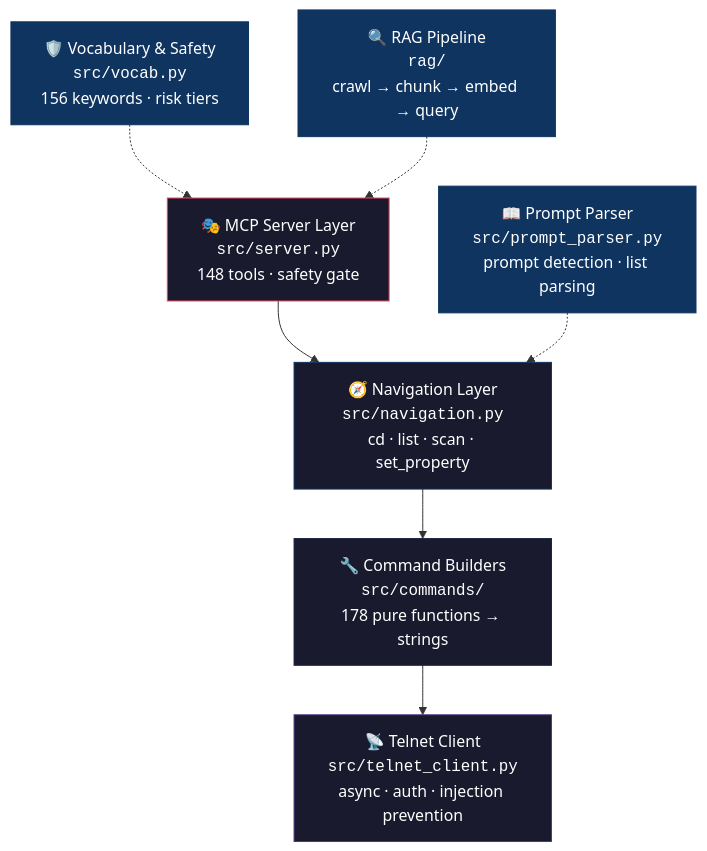
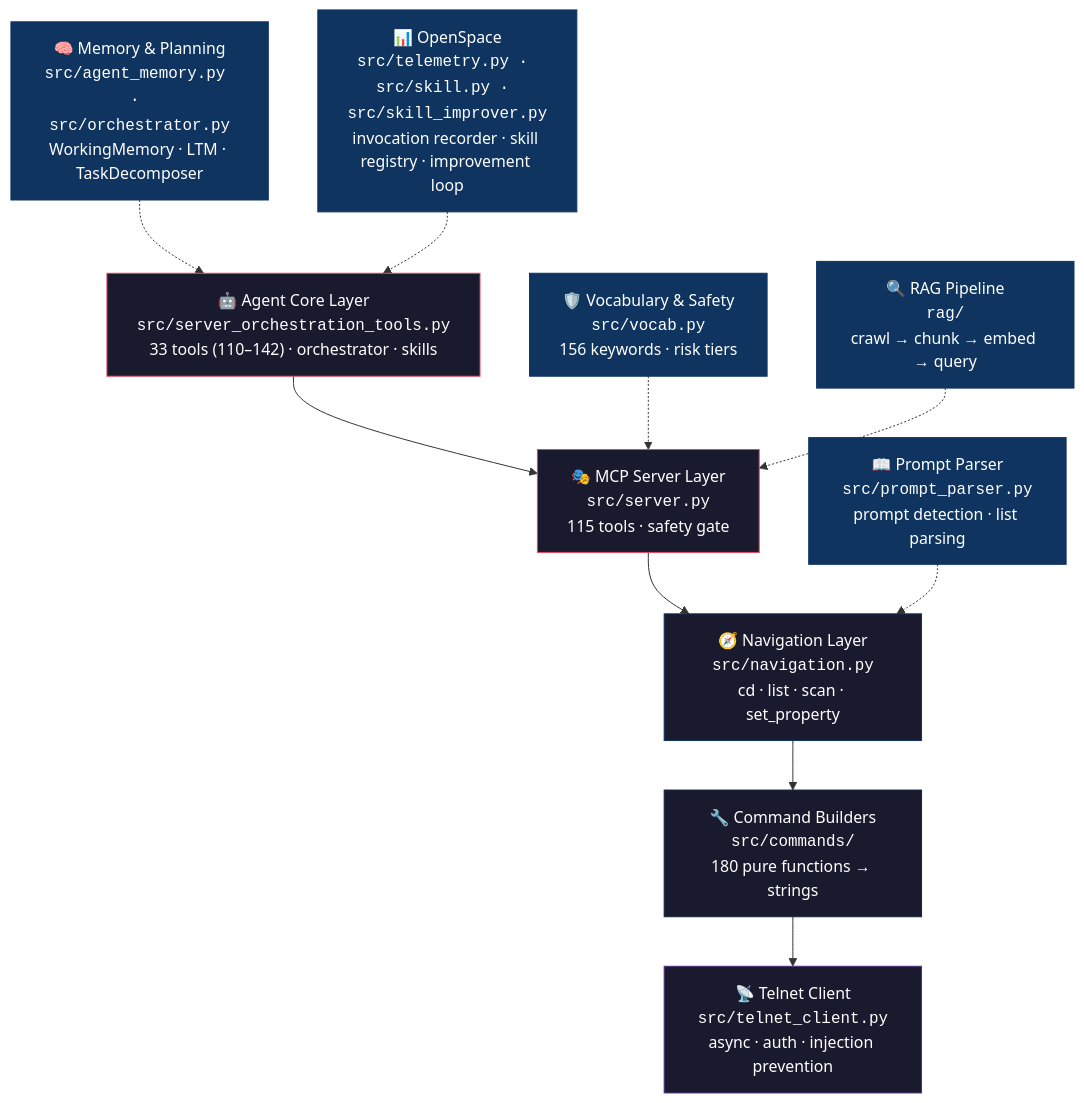
The first of 2 diagrams in README.md (thisis-romar/ma2-onPC-MCP), drawn with Mermaid before and after one commit. The commit also changed other lines of this file, not shown here.

Commit message:
docs: README architecture diagram audit — 6 fixes (v3.20.0) - Mermaid node A: correct server.py tool count 148 → 115 - Mermaid diagram: add Agent Core layer (nodes H, I, J) for   server_orchestration_tools, agent_memory/orchestrator, and OpenSpace - Mermaid node C: correct command builder count 178 → 180 - Module table: fix tool range (110–143) → (110–142) - Badge: correct test count 2187 → 2053 - Front matter: bump version 3.19.0 → 3.20.0, update last_updated Co-Authored-By: Claude Sonnet 4.6 <noreply@anthropic.com>

````diff
--- a/README.md
+++ b/README.md
@@ -64,19 +64,25 @@
 ```mermaid
 graph TD
-    A["🎭 MCP Server Layer<br/><code>src/server.py</code><br/>148 tools · safety gate"] --> B
+    H["🤖 Agent Core Layer<br/><code>src/server_orchestration_tools.py</code><br/>33 tools (110–142) · orchestrator · skills"] --> A
+    A["🎭 MCP Server Layer<br/><code>src/server.py</code><br/>115 tools · safety gate"] --> B
     B["🧭 Navigation Layer<br/><code>src/navigation.py</code><br/>cd · list · scan · set_property"] --> C
-    C["🔧 Command Builders<br/><code>src/commands/</code><br/>178 pure functions → strings"] --> D
+    C["🔧 Command Builders<br/><code>src/commands/</code><br/>180 pure functions → strings"] --> D
     D["📡 Telnet Client<br/><code>src/telnet_client.py</code><br/>async · auth · injection prevention"]
 
     E["📖 Prompt Parser<br/><code>src/prompt_parser.py</code><br/>prompt detection · list parsing"] -.-> B
     F["🛡️ Vocabulary & Safety<br/><code>src/vocab.py</code><br/>156 keywords · risk tiers"] -.-> A
     G["🔍 RAG Pipeline<br/><code>rag/</code><br/>crawl → chunk → embed → query"] -.-> A
+    I["🧠 Memory & Planning<br/><code>src/agent_memory.py · src/orchestrator.py</code><br/>WorkingMemory · LTM · TaskDecomposer"] -.-> H
+    J["📊 OpenSpace<br/><code>src/telemetry.py · src/skill.py · src/skill_improver.py</code><br/>invocation recorder · skill registry · improvement loop"] -.-> H
 
+    style H fill:#1a1a2e,stroke:#e94560,color:#fff
     style A fill:#1a1a2e,stroke:#e94560,color:#fff
     style B fill:#1a1a2e,stroke:#0f3460,color:#fff
     style C fill:#1a1a2e,stroke:#16213e,color:#fff
     style D fill:#1a1a2e,stroke:#533483,color:#fff
     style E fill:#0f3460,stroke:#0f3460,color:#fff
     style F fill:#0f3460,stroke:#0f3460,color:#fff
     style G fill:#0f3460,stroke:#0f3460,color:#fff
+    style I fill:#0f3460,stroke:#0f3460,color:#fff
+    style J fill:#0f3460,stroke:#0f3460,color:#fff
 ```
````
